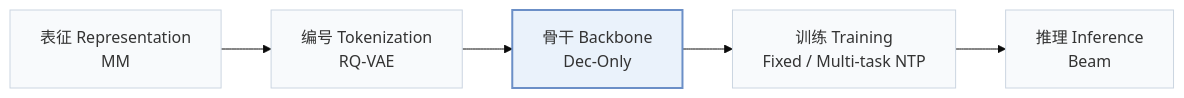
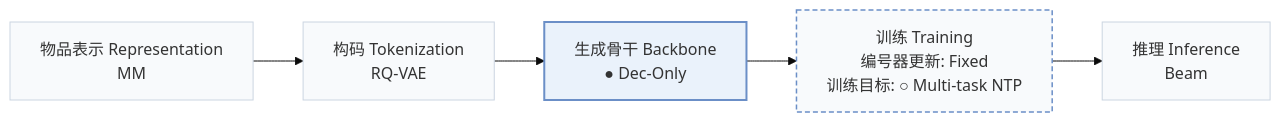
One commit to Galaxy-ghost/Awesome-SID-Generative-Rec changed the first of 2 diagrams in pages/zh/papers/prefixmem.md. Above: the diagram before and after it, drawn with Mermaid (base theme). The commit also changed other lines of this file and 558 other files, not shown here.

````diff
--- a/pages/zh/papers/prefixmem.md
+++ b/pages/zh/papers/prefixmem.md
@@ -15,8 +18,10 @@
 ```mermaid
 flowchart LR
-    R["表征 Representation<br/>MM"] --> T["编号 Tokenization<br/>RQ-VAE"] --> B["骨干 Backbone<br/>Dec-Only"] --> TR["训练 Training<br/>Fixed / Multi-task NTP"] --> I["推理 Inference<br/>Beam"]
+    R["物品表示 Representation<br/>MM"] --> T["构码 Tokenization<br/>RQ-VAE"] --> B["生成骨干 Backbone<br/>● Dec-Only"] --> TR["训练 Training<br/>编号器更新: Fixed<br/>训练目标: ○ Multi-task NTP"] --> I["推理 Inference<br/>Beam"]
     classDef base fill:#f8fafc,stroke:#cbd5e1
     class R,T,B,TR,I base
+    classDef other fill:#f8fafc,stroke:#6b8fc7,stroke-width:1.5px,stroke-dasharray:5 3
+    class TR other
     classDef main fill:#eaf2fb,stroke:#6b8fc7,stroke-width:2px
     class B main
 ```
````
